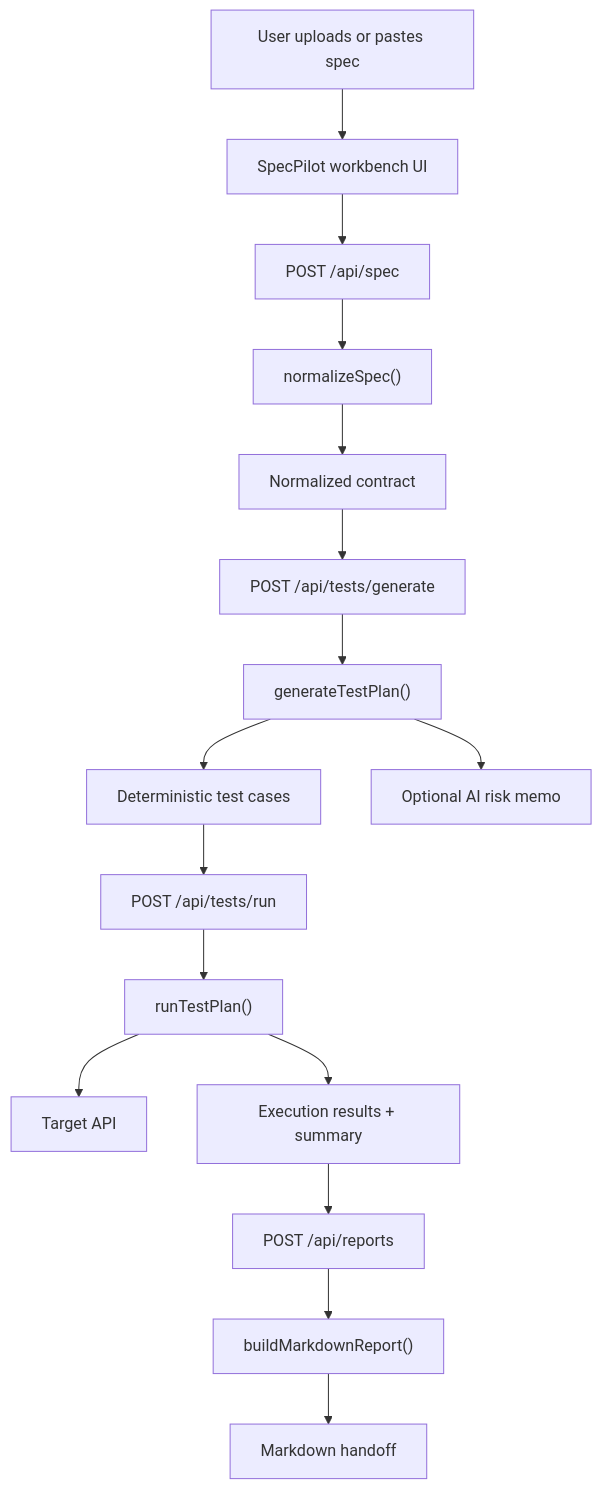
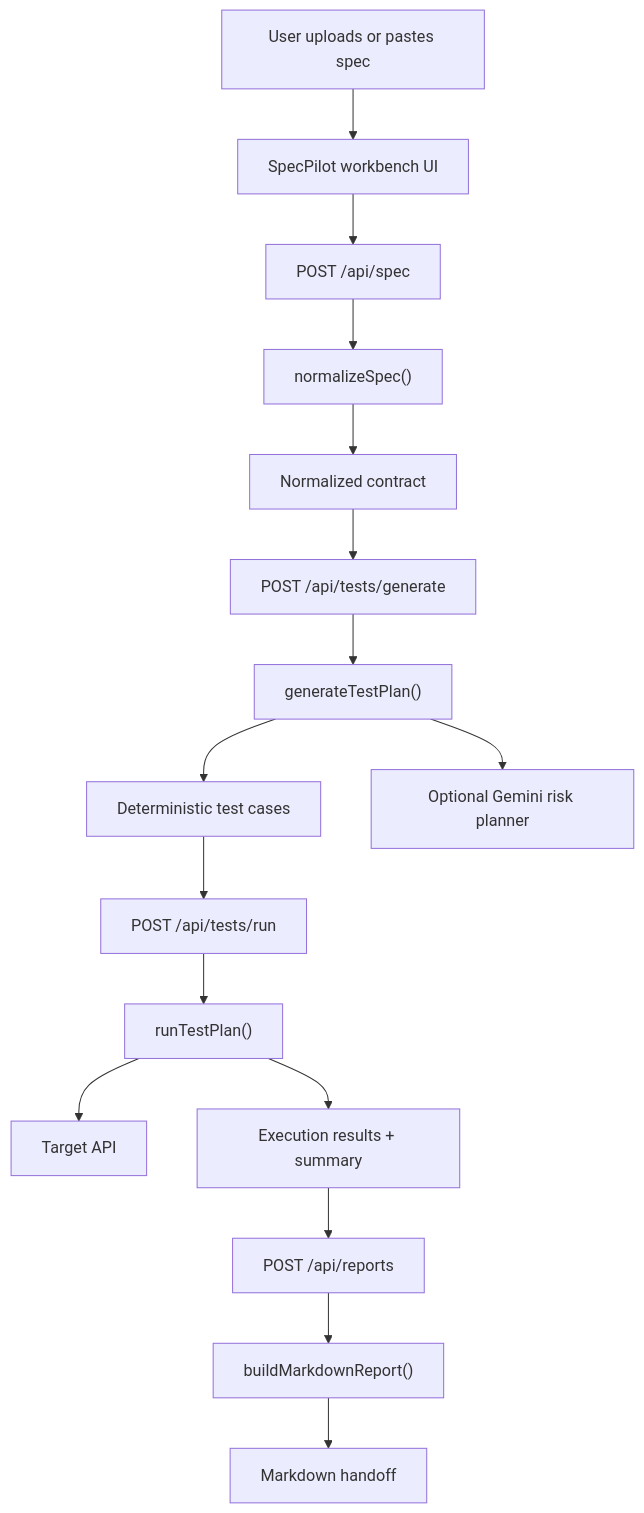
One commit to Adi1816/specpilot changed the diagram in README.md. Above: the diagram before and after it, drawn with Mermaid. The commit also changed other lines of this file and 8 other files, not shown here.

Commit message:
Migrate AI planner from OpenAI to Gemini

````diff
--- a/README.md
+++ b/README.md
@@ -65,18 +65,18 @@
 ```mermaid
 flowchart TD
   A["User uploads or pastes spec"] --> B["SpecPilot workbench UI"]
   B --> C["POST /api/spec"]
   C --> D["normalizeSpec()"]
   D --> E["Normalized contract"]
   E --> F["POST /api/tests/generate"]
   F --> G["generateTestPlan()"]
   G --> H["Deterministic test cases"]
-  G --> I["Optional AI risk memo"]
+  G --> I["Optional Gemini risk planner"]
   H --> J["POST /api/tests/run"]
   J --> K["runTestPlan()"]
   K --> L["Target API"]
   K --> M["Execution results + summary"]
   M --> N["POST /api/reports"]
   N --> O["buildMarkdownReport()"]
   O --> P["Markdown handoff"]
 ```
````
